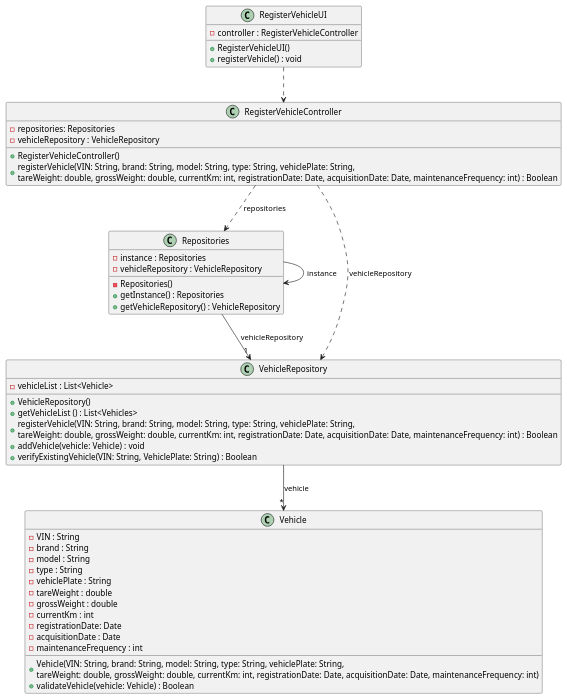
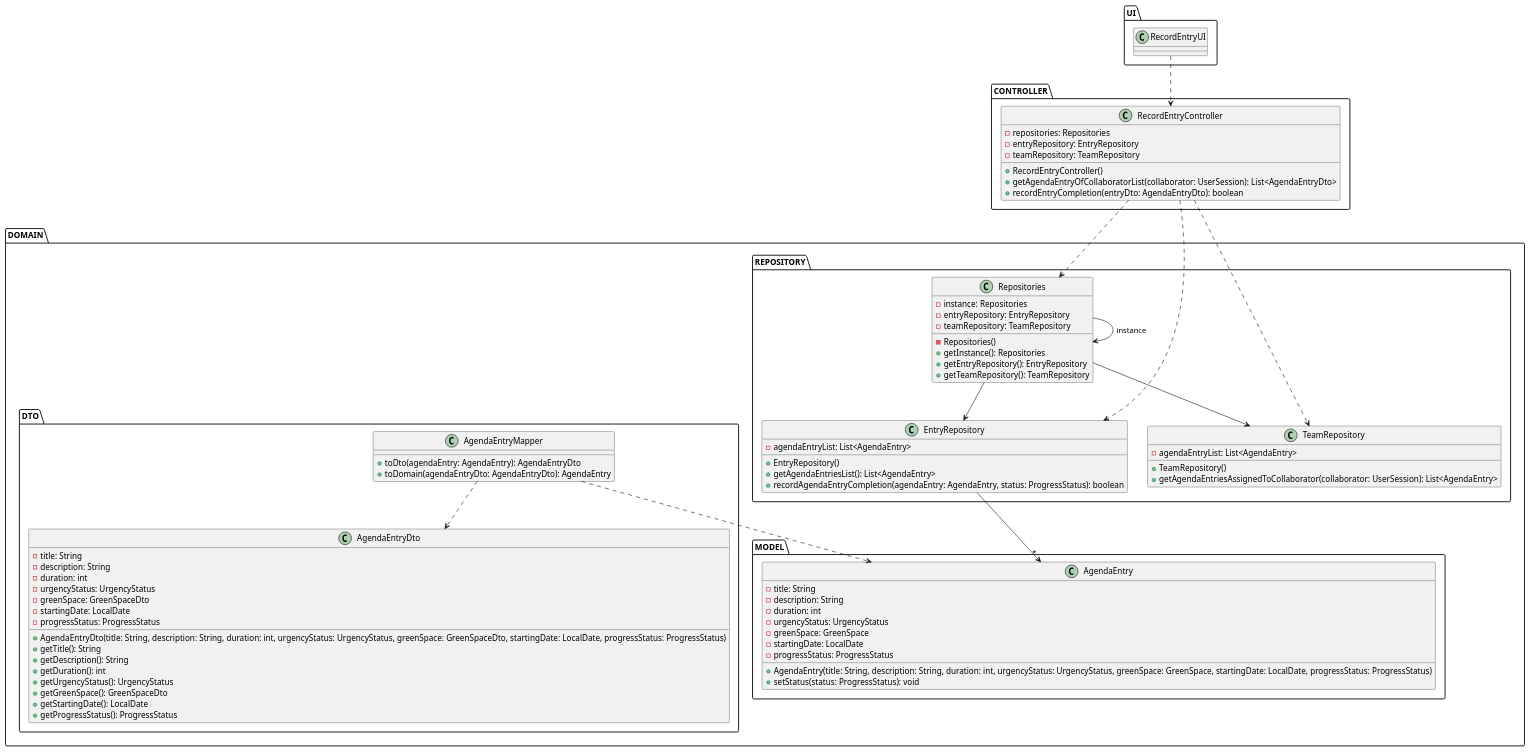
The diagram in docs/sprintC/us029/03.design/puml/us029-class-diagram.puml (ricardomm7/leaflink), drawn with PlantUML before and after one commit. The commit also changed 4 other files, not shown here.

Commit message:
US024 and US029 class diagram

```diff
--- a/docs/sprintC/us029/03.design/puml/us029-class-diagram.puml
+++ b/docs/sprintC/us029/03.design/puml/us029-class-diagram.puml
@@ -1,63 +1,98 @@
 @startuml
 skinparam shadowing false
 skinparam line type polyline
+'left to right direction
+package UI {
+    class RecordEntryUI {
+    }
+}
 
-'left to right direction
+package CONTROLLER {
+    class RecordEntryController {
+        - repositories: Repositories
+        - entryRepository: EntryRepository
+        - teamRepository: TeamRepository
+        + RecordEntryController()
+        + getAgendaEntryOfCollaboratorList(collaborator: UserSession): List<AgendaEntryDto>
+        + recordEntryCompletion(entryDto: AgendaEntryDto): boolean
+    }
+}
 
-    class RegisterVehicleUI {
-        - controller : RegisterVehicleController
-        + RegisterVehicleUI()
-        + registerVehicle() : void
+package DOMAIN {
+    package REPOSITORY {
+        class Repositories {
+            - instance: Repositories
+            - entryRepository: EntryRepository
+            - teamRepository: TeamRepository
+            - Repositories()
+            + getInstance(): Repositories
+            + getEntryRepository(): EntryRepository
+            + getTeamRepository(): TeamRepository
+        }
+
+        class EntryRepository {
+            - agendaEntryList: List<AgendaEntry>
+            + EntryRepository()
+            + getAgendaEntriesList(): List<AgendaEntry>
+            + recordAgendaEntryCompletion(agendaEntry: AgendaEntry, status: ProgressStatus): boolean
+        }
+
+        class TeamRepository {
+            - agendaEntryList: List<AgendaEntry>
+            + TeamRepository()
+            + getAgendaEntriesAssignedToCollaborator(collaborator: UserSession): List<AgendaEntry>
+        }
     }
 
-    class RegisterVehicleController {
-        - repositories: Repositories
-        - vehicleRepository : VehicleRepository
+    package DTO {
+        class AgendaEntryMapper {
+            + toDto(agendaEntry: AgendaEntry): AgendaEntryDto
+            + toDomain(agendaEntryDto: AgendaEntryDto): AgendaEntry
+        }
 
-        + RegisterVehicleController()
-        + registerVehicle(VIN: String, brand: String, model: String, type: String, vehiclePlate: String, \ntareWeight: double, grossWeight: double, currentKm: int, registrationDate: Date, acquisitionDate: Date, maintenanceFrequency: int) : Boolean
+        class AgendaEntryDto {
+            - title: String
+            - description: String
+            - duration: int
+            - urgencyStatus: UrgencyStatus
+            - greenSpace: GreenSpaceDto
+            - startingDate: LocalDate
+            - progressStatus: ProgressStatus
+            + AgendaEntryDto(title: String, description: String, duration: int, urgencyStatus: UrgencyStatus, greenSpace: GreenSpaceDto, startingDate: LocalDate, progressStatus: ProgressStatus)
+            + getTitle(): String
+            + getDescription(): String
+            + getDuration(): int
+            + getUrgencyStatus(): UrgencyStatus
+            + getGreenSpace(): GreenSpaceDto
+            + getStartingDate(): LocalDate
+            + getProgressStatus(): ProgressStatus
+        }
     }
 
-    class Repositories {
-        - instance : Repositories
-        - vehicleRepository : VehicleRepository
-        - Repositories()
-        + getInstance() : Repositories
-        + getVehicleRepository() : VehicleRepository
+    package MODEL {
+        class AgendaEntry {
+            - title: String
+            - description: String
+            - duration: int
+            - urgencyStatus: UrgencyStatus
+            - greenSpace: GreenSpace
+            - startingDate: LocalDate
+            - progressStatus: ProgressStatus
+            + AgendaEntry(title: String, description: String, duration: int, urgencyStatus: UrgencyStatus, greenSpace: GreenSpace, startingDate: LocalDate, progressStatus: ProgressStatus)
+            + setStatus(status: ProgressStatus): void
+        }
     }
+}
 
-    class VehicleRepository {
-        - vehicleList : List<Vehicle>
-
-        + VehicleRepository()
-        + getVehicleList () : List<Vehicles>
-        + registerVehicle(VIN: String, brand: String, model: String, type: String, vehiclePlate: String, \ntareWeight: double, grossWeight: double, currentKm: int, registrationDate: Date, acquisitionDate: Date, maintenanceFrequency: int) : Boolean
-        + addVehicle(vehicle: Vehicle) : void
-        + verifyExistingVehicle(VIN: String, VehiclePlate: String) : Boolean
-    }
-
-    class Vehicle {
-        - VIN : String
-        - brand : String
-        - model : String
-        - type : String
-        - vehiclePlate : String
-        - tareWeight : double
-        - grossWeight : double
-        - currentKm : int
-        - registrationDate: Date
-        - acquisitionDate : Date
-        - maintenanceFrequency : int
-
-        + Vehicle(VIN: String, brand: String, model: String, type: String, vehiclePlate: String, \ntareWeight: double, grossWeight: double, currentKm: int, registrationDate: Date, acquisitionDate: Date, maintenanceFrequency: int)
-        + validateVehicle(vehicle: Vehicle) : Boolean
-    }
-
-RegisterVehicleUI ..> RegisterVehicleController
-RegisterVehicleController ..> Repositories: repositories
+RecordEntryUI ..> RecordEntryController
+RecordEntryController ..> Repositories
 Repositories --> Repositories: instance
-RegisterVehicleController ..> VehicleRepository: vehicleRepository
-Repositories --> "1"VehicleRepository: vehicleRepository
-VehicleRepository -->"*" Vehicle: vehicle
+RecordEntryController ..> EntryRepository
+RecordEntryController ..> TeamRepository
+Repositories --> EntryRepository
+Repositories --> TeamRepository
+EntryRepository --> "*" AgendaEntry
+AgendaEntryMapper ..> AgendaEntryDto
+AgendaEntryMapper ..> AgendaEntry
 
 @enduml
```
